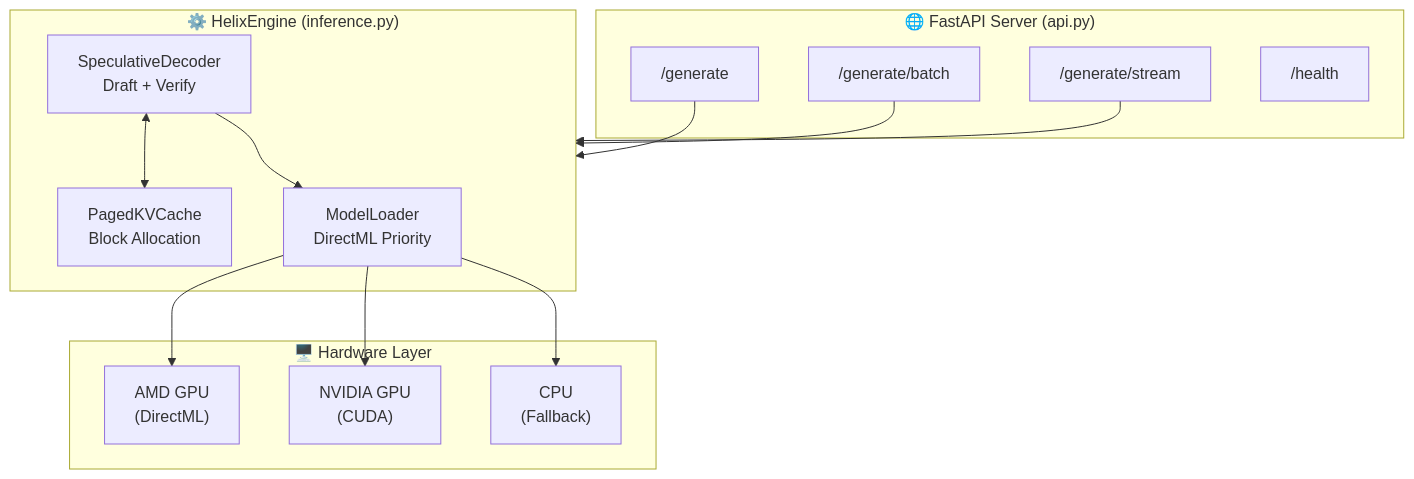
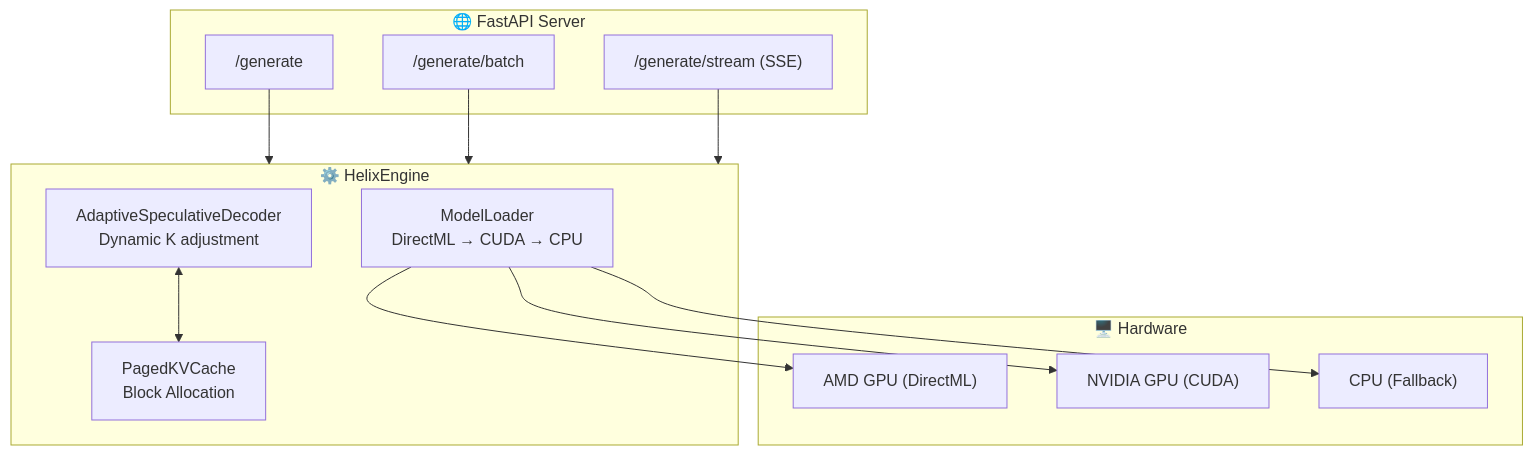
One commit to singhuday26/Helix changed the first of 4 diagrams in README.md. Above: the diagram before and after it, drawn with Mermaid. The commit also changed other lines of this file and 1 other file, not shown here.

````diff
--- a/README.md
+++ b/README.md
@@ -146,32 +120,28 @@
 ```mermaid
 flowchart TB
-    subgraph API["🌐 FastAPI Server (api.py)"]
+    subgraph API["🌐 FastAPI Server"]
         GEN["/generate"]
         BATCH["/generate/batch"]
-        STREAM["/generate/stream"]
-        HEALTH["/health"]
+        STREAM["/generate/stream (SSE)"]
     end
 
-    subgraph ENGINE["⚙️ HelixEngine (inference.py)"]
-        LOADER["ModelLoader<br/>DirectML Priority"]
+    subgraph ENGINE["⚙️ HelixEngine"]
+        LOADER["ModelLoader<br/>DirectML → CUDA → CPU"]
         CACHE["PagedKVCache<br/>Block Allocation"]
-        SPEC["SpeculativeDecoder<br/>Draft + Verify"]
+        SPEC["AdaptiveSpeculativeDecoder<br/>Dynamic K adjustment"]
     end
 
-    subgraph HARDWARE["🖥️ Hardware Layer"]
-        AMD["AMD GPU<br/>(DirectML)"]
-        NVIDIA["NVIDIA GPU<br/>(CUDA)"]
-        CPU["CPU<br/>(Fallback)"]
+    subgraph HW["🖥️ Hardware"]
+        AMD["AMD GPU (DirectML)"]
+        NVIDIA["NVIDIA GPU (CUDA)"]
+        CPU["CPU (Fallback)"]
     end
 
     GEN --> ENGINE
     BATCH --> ENGINE
     STREAM --> ENGINE
-
     LOADER --> AMD
     LOADER --> NVIDIA
     LOADER --> CPU
-
     SPEC <--> CACHE
-    SPEC --> LOADER
 ```
````
